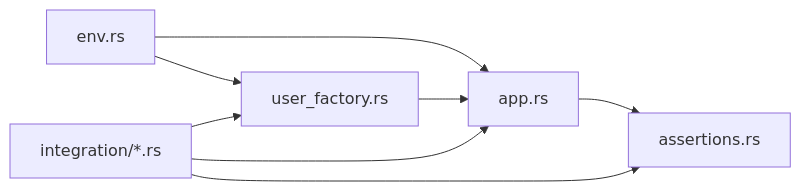
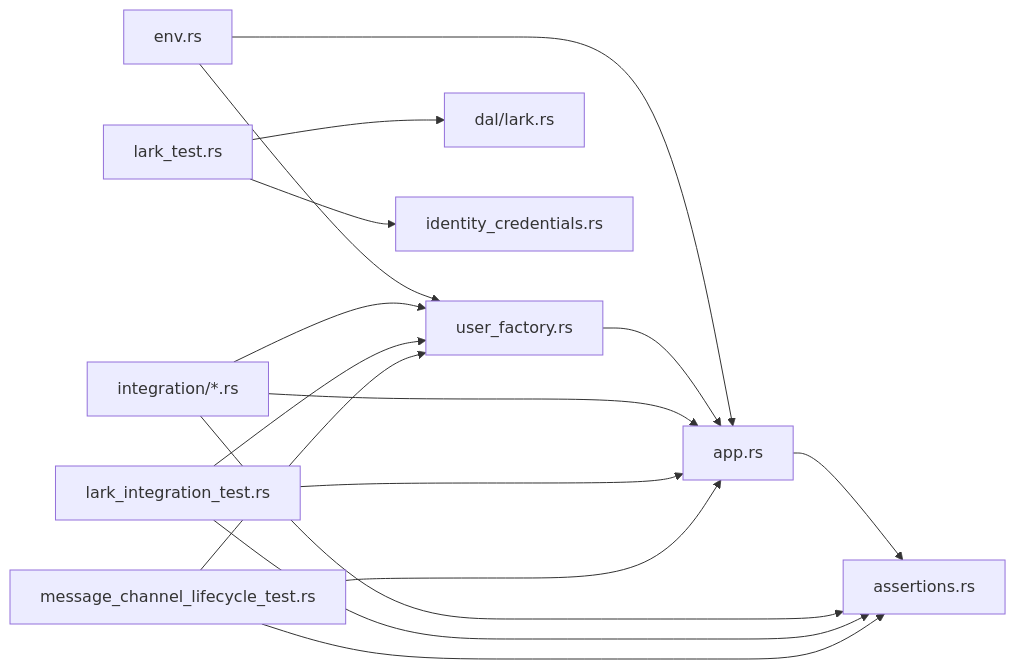
Before and after one commit to runningcoders/ai_orz: the third of 4 diagrams in .qoder/repowiki/zh/content/测试指南/测试指南.md, drawn with Mermaid. The commit also changed other lines of this file and 9 other files, not shown here.

````diff
--- a/.qoder/repowiki/zh/content/测试指南/测试指南.md
+++ b/.qoder/repowiki/zh/content/测试指南/测试指南.md
@@ -226,10 +293,18 @@
 ```mermaid
 graph LR
 ENV["env.rs"] --> APP["app.rs"]
 ENV --> FACT["user_factory.rs"]
 APP --> ASSERT["assertions.rs"]
 FACT --> APP
 TEST["integration/*.rs"] --> APP
 TEST --> ASSERT
 TEST --> FACT
+LARK_TEST["lark_integration_test.rs"] --> APP
+LARK_TEST --> ASSERT
+LARK_TEST --> FACT
+CHANNEL_TEST["message_channel_lifecycle_test.rs"] --> APP
+CHANNEL_TEST --> ASSERT
+CHANNEL_TEST --> FACT
+DAL_TEST["lark_test.rs"] --> DAL["dal/lark.rs"]
+DAL_TEST --> MODELS["identity_credentials.rs"]
 ```
````
